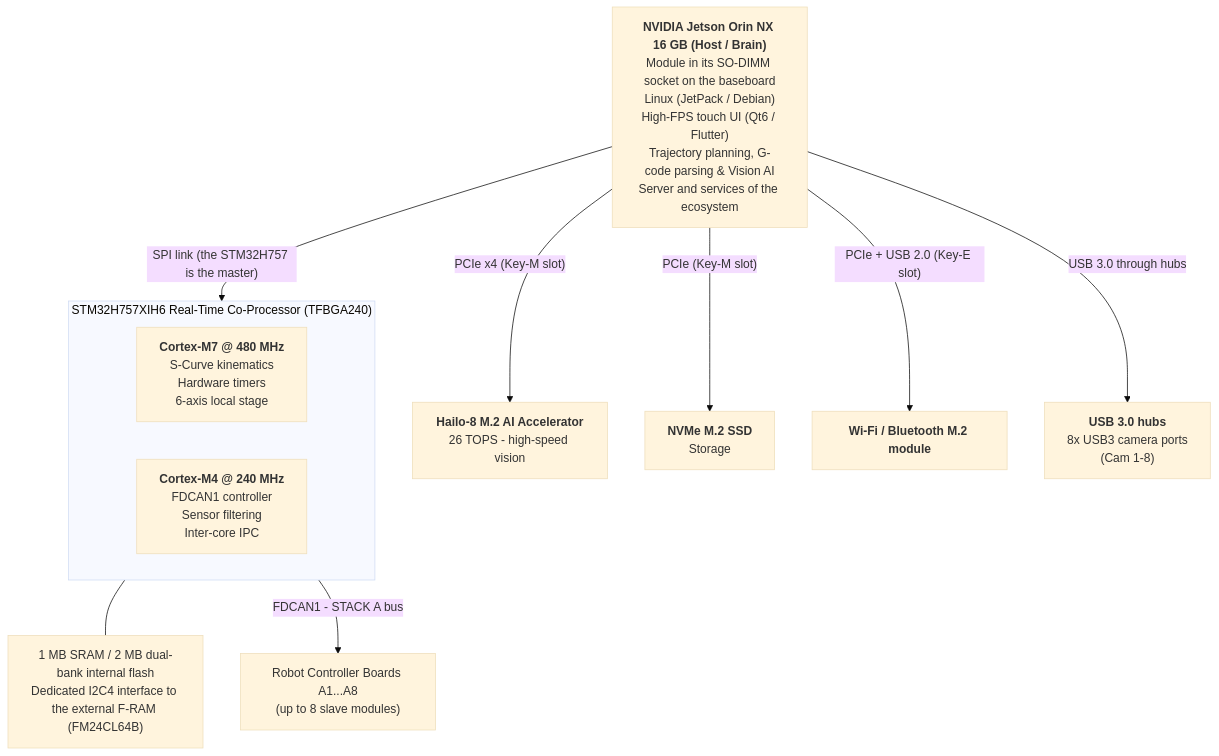
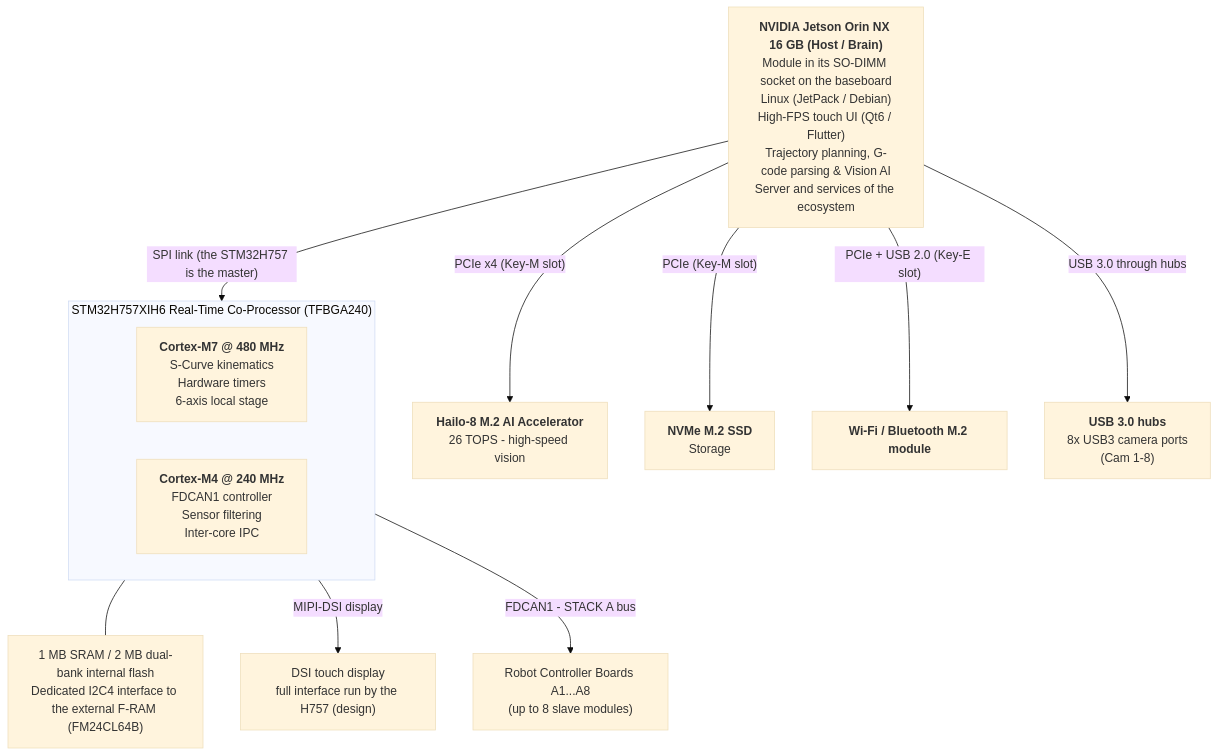
Before and after one commit to JuanenRac/HYDRA-UMC: the first of 3 diagrams in README.md, drawn with Mermaid (base theme). The commit also changed other lines of this file and 8 other files, not shown here.

Commit message:
README: the DSI display hangs from the STM32H757 in the target design, with a degraded-mode bullet

````diff
--- a/README.md
+++ b/README.md
@@ -95,21 +96,22 @@
 ```mermaid
 flowchart TB
     JETSON["<b>NVIDIA Jetson Orin NX 16 GB (Host / Brain)</b><br/>Module in its SO-DIMM socket on the baseboard<br/>Linux (JetPack / Debian)<br/>High-FPS touch UI (Qt6 / Flutter)<br/>Trajectory planning, G-code parsing &amp; Vision AI<br/>Server and services of the ecosystem"]
 
     JETSON -- "PCIe x4 (Key-M slot)" --> HAILO8["<b>Hailo-8 M.2 AI Accelerator</b><br/>26 TOPS - high-speed vision"]
     JETSON -- "PCIe (Key-M slot)" --> NVME["<b>NVMe M.2 SSD</b><br/>Storage"]
     JETSON -- "PCIe + USB 2.0 (Key-E slot)" --> WIFI["<b>Wi-Fi / Bluetooth M.2 module</b>"]
     JETSON -- "USB 3.0 through hubs" --> HUBS["<b>USB 3.0 hubs</b><br/>8x USB3 camera ports<br/>(Cam 1-8)"]
 
     JETSON -- "SPI link (the STM32H757 is the master)" --> MCU
 
     subgraph MCU["STM32H757XIH6 Real-Time Co-Processor (TFBGA240)"]
         direction LR
         CM7["<b>Cortex-M7 @ 480 MHz</b><br/>S-Curve kinematics<br/>Hardware timers<br/>6-axis local stage"]
         CM4["<b>Cortex-M4 @ 240 MHz</b><br/>FDCAN1 controller<br/>Sensor filtering<br/>Inter-core IPC"]
     end
     MEM["1 MB SRAM / 2 MB dual-bank internal flash<br/>Dedicated I2C4 interface to the external F-RAM (FM24CL64B)"]
     MCU --- MEM
+    MCU -- "MIPI-DSI display" --> DSIDISP["DSI touch display<br/>full interface run by the H757 (design)"]
 
     MCU -- "FDCAN1 - STACK A bus" --> ROBOTS["Robot Controller Boards A1...A8<br/>(up to 8 slave modules)"]
 ```
````
